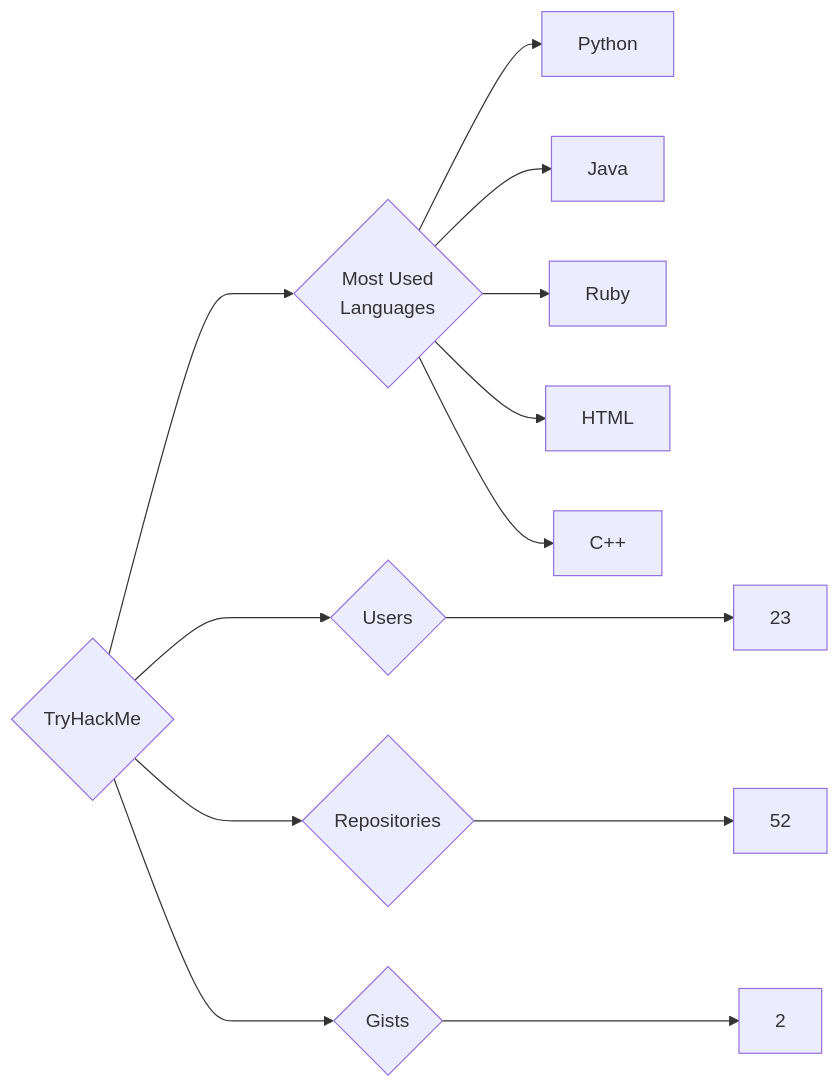
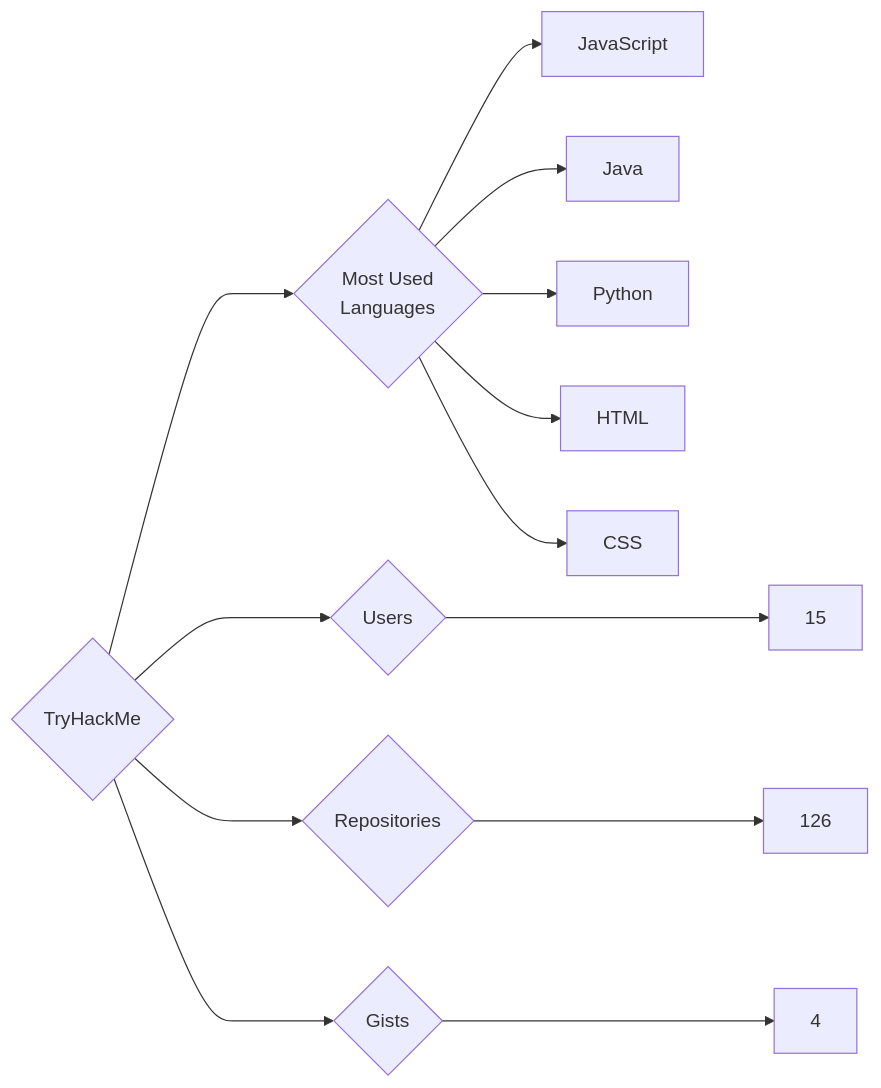
Before and after one commit to trickest/insiders: the diagram in targets/TryHackMe/README.md, drawn with Mermaid. The commit also changed 787 other files, not shown here.

````diff
--- a/targets/TryHackMe/README.md
+++ b/targets/TryHackMe/README.md
@@ -3,13 +3,13 @@
 ```mermaid
 graph LR
 COMPANY_NAME{TryHackMe}
-COMPANY_NAME ---> U{Users} ---> UN[23]
-COMPANY_NAME ---> R{Repositories} ---> RN[52]
-COMPANY_NAME ---> G{Gists} ---> GN[2]
+COMPANY_NAME ---> U{Users} ---> UN[15]
+COMPANY_NAME ---> R{Repositories} ---> RN[126]
+COMPANY_NAME ---> G{Gists} ---> GN[4]
 COMPANY_NAME ---> ML{Most Used<br>Languages}
+ML --> JavaScript[JavaScript]
+ML --> Java[Java]
 ML --> Python[Python]
-ML --> Java[Java]
-ML --> Ruby[Ruby]
 ML --> HTML[HTML]
-ML --> C++[C++]
+ML --> CSS[CSS]
 ```
````
